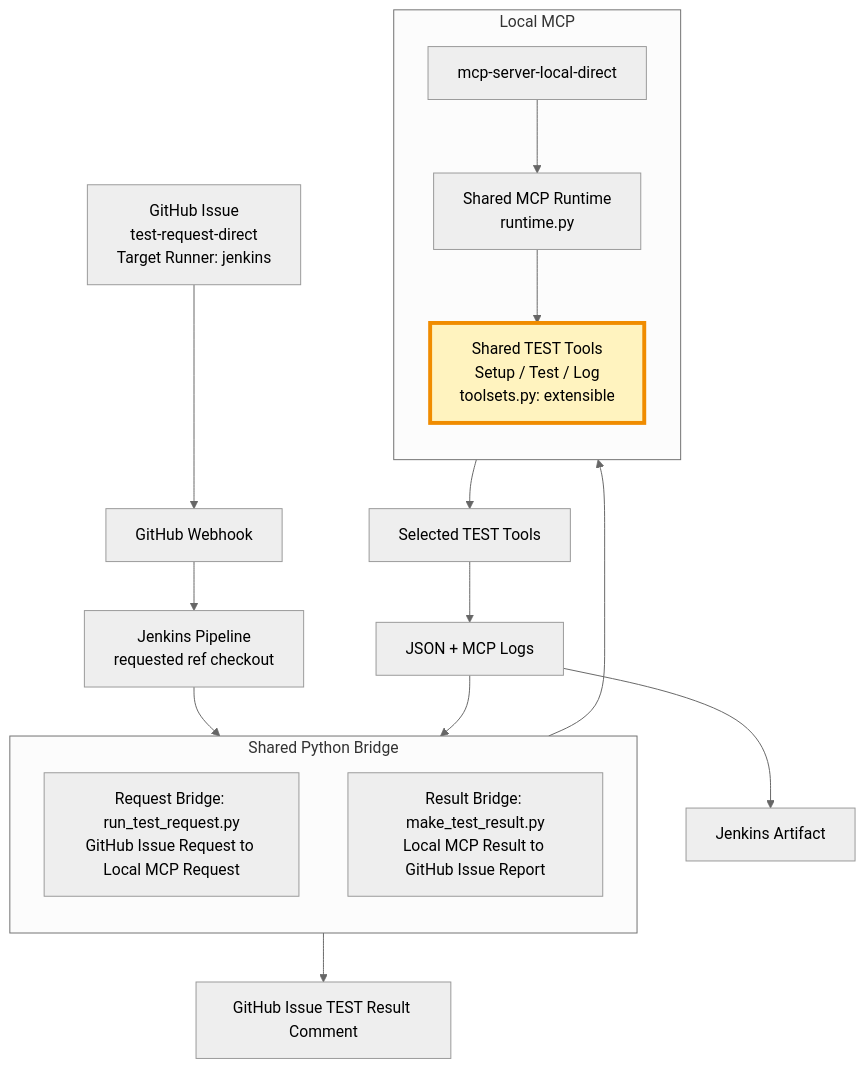
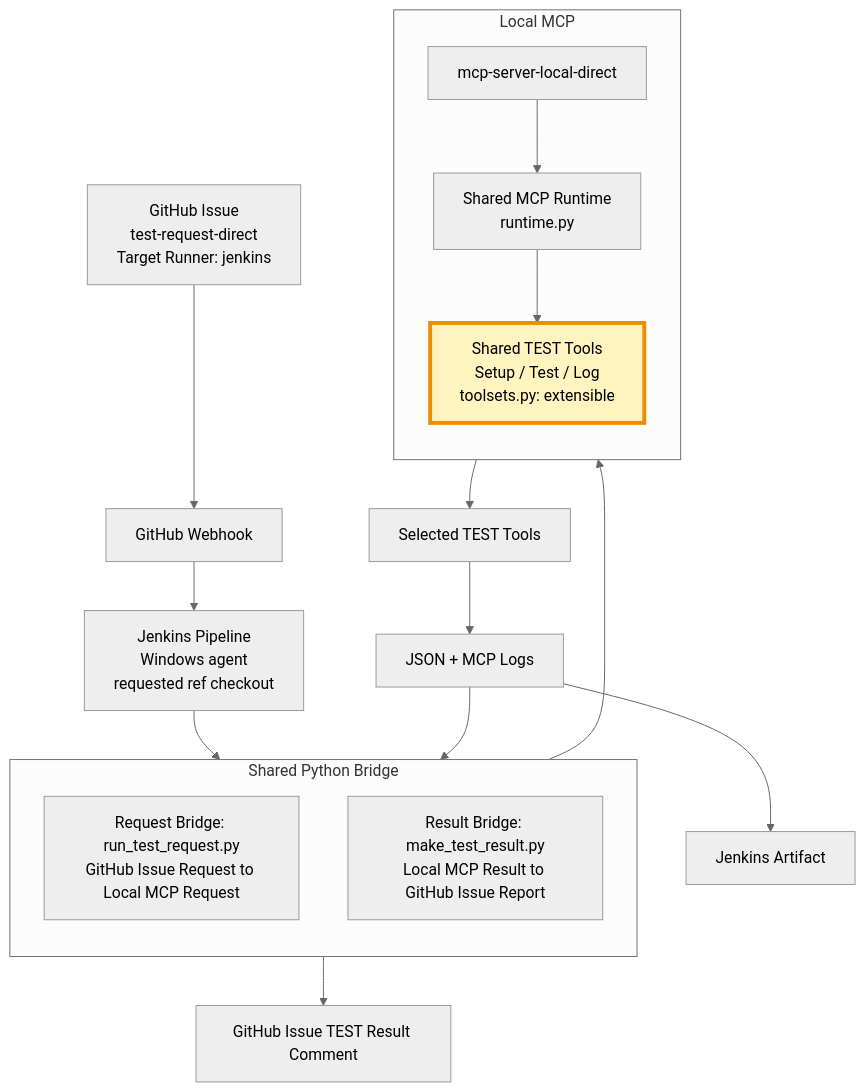
One commit to JeonghunLee/local-ai-agent-mcp changed the second of 2 diagrams in docs/architecture/automation-design.md. Above: the diagram before and after it, drawn with Mermaid (neutral theme). The commit also changed other lines of this file and 1 other file, not shown here.

Commit message:
refactor: enhance documentation clarity by specifying Windows environments in automation design

````diff
--- a/docs/architecture/automation-design.md
+++ b/docs/architecture/automation-design.md
@@ -159,32 +170,32 @@
 ```mermaid
 flowchart TD
     Issue["GitHub Issue<br/>test-request-direct<br/>Target Runner: jenkins"]
     Webhook["GitHub Webhook"]
-    Jenkins["Jenkins Pipeline<br/>requested ref checkout"]
+    Jenkins["Jenkins Pipeline<br/>Windows agent<br/>requested ref checkout"]
 
     subgraph Bridge["Shared Python Bridge"]
         direction TB
         RunBridge["Request Bridge: run_test_request.py<br/>GitHub Issue Request to Local MCP Request"]
         ResultBridge["Result Bridge: make_test_result.py<br/>Local MCP Result to GitHub Issue Report"]
     end
 
     subgraph MCP["Local MCP"]
         direction TB
         DirectMCP["mcp-server-local-direct"]
         SharedRuntime["Shared MCP Runtime<br/>runtime.py"]
         SharedTools["Shared TEST Tools<br/>Setup / Test / Log<br/>toolsets.py: extensible"]
     end
 
     Tools["Selected TEST Tools"]
     Result["JSON + MCP Logs"]
     Artifact["Jenkins Artifact"]
     Comment["GitHub Issue TEST Result Comment"]
 
     Issue --> Webhook --> Jenkins --> RunBridge
     RunBridge --> DirectMCP --> SharedRuntime --> SharedTools --> Tools --> Result
     Result --> Artifact
     Result --> ResultBridge --> Comment
 
     classDef sharedTools fill:#fff3bf,stroke:#f08c00,stroke-width:4px,color:#000;
     class SharedTools sharedTools;
 ```
````
